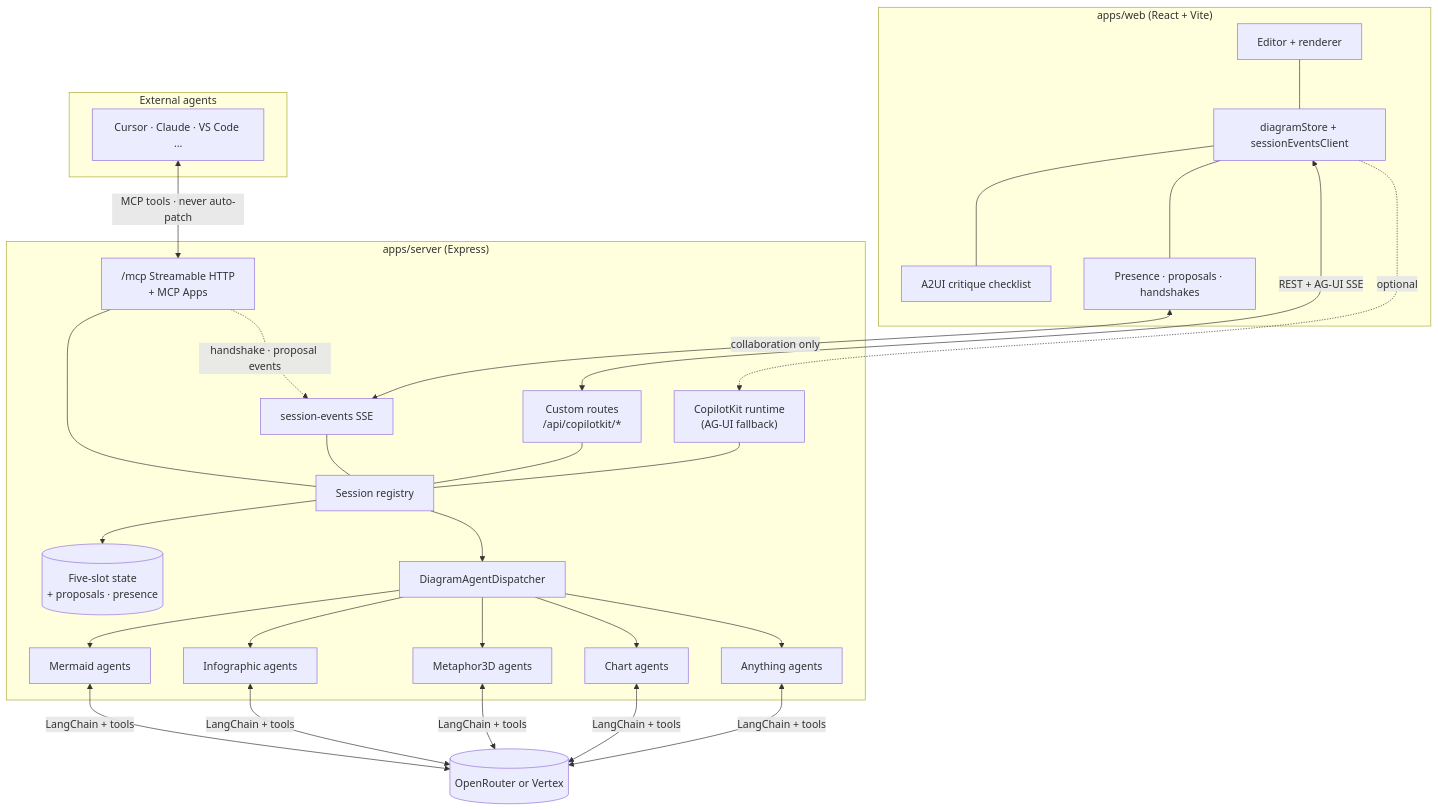
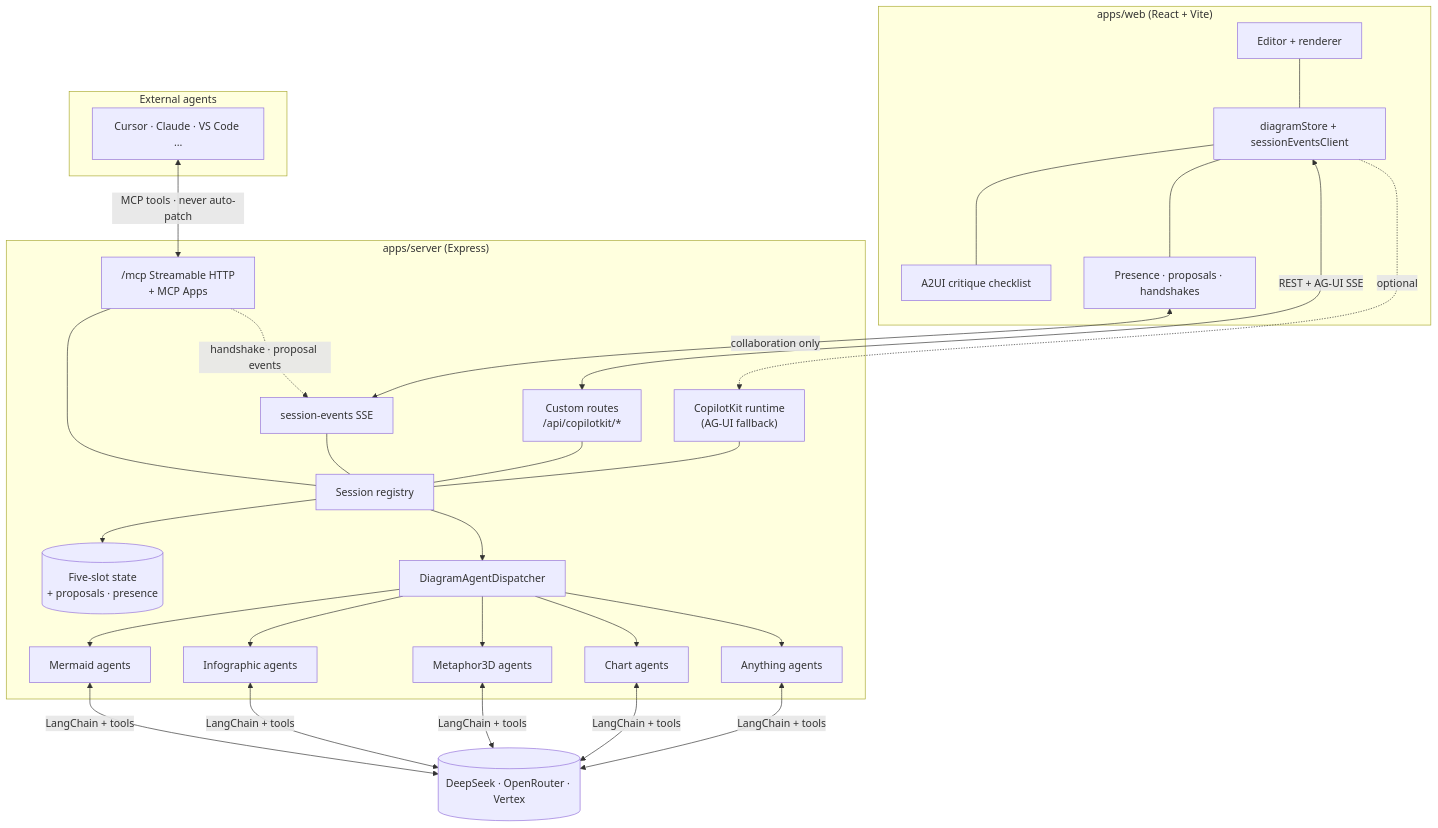
The diagram in docs/guide/system-overview.md (acuhlmann/mermaid-gen), drawn with Mermaid before and after one commit. The commit also changed 13 other files, not shown here.

````diff
--- a/docs/guide/system-overview.md
+++ b/docs/guide/system-overview.md
@@ -7,51 +7,51 @@
 ```mermaid
 flowchart TB
   subgraph client ["apps/web (React + Vite)"]
     UI["Editor + renderer"]
     GenUI["A2UI critique checklist"]
     Collab["Presence · proposals · handshakes"]
     Store[diagramStore + sessionEventsClient]
     UI --- Store
     Store --- GenUI
     Store --- Collab
   end
 
   subgraph server ["apps/server (Express)"]
     Router["Custom routes\n/api/copilotkit/*"]
     SE["session-events SSE"]
     MCP["/mcp Streamable HTTP\n+ MCP Apps"]
     CK["CopilotKit runtime\n(AG-UI fallback)"]
     Reg["Session registry"]
     SS[("Five-slot state\n+ proposals · presence")]
     Dispatcher["DiagramAgentDispatcher"]
     MA[Mermaid agents]
     IA[Infographic agents]
     MEA[Metaphor3D agents]
     CA[Chart agents]
     AA[Anything agents]
     Router --- Reg
     SE --- Reg
     MCP --- Reg
     CK --- Reg
     Reg --> SS
     Reg --> Dispatcher
     Dispatcher --> MA
     Dispatcher --> IA
     Dispatcher --> MEA
     Dispatcher --> CA
     Dispatcher --> AA
   end
 
   subgraph guests ["External agents"]
     Cursor["Cursor · Claude · VS Code …"]
   end
 
-  LLM[("OpenRouter or Vertex")]
+  LLM[("DeepSeek · OpenRouter · Vertex")]
 
   Store <-->|"REST + AG-UI SSE"| Router
   Collab <-->|"collaboration only"| SE
   Cursor <-->|"MCP tools · never auto-patch"| MCP
   Store -.->|"optional"| CK
   MA & IA & MEA & CA & AA <-->|"LangChain + tools"| LLM
   MCP -.->|"handshake · proposal events"| SE
 ```
````
